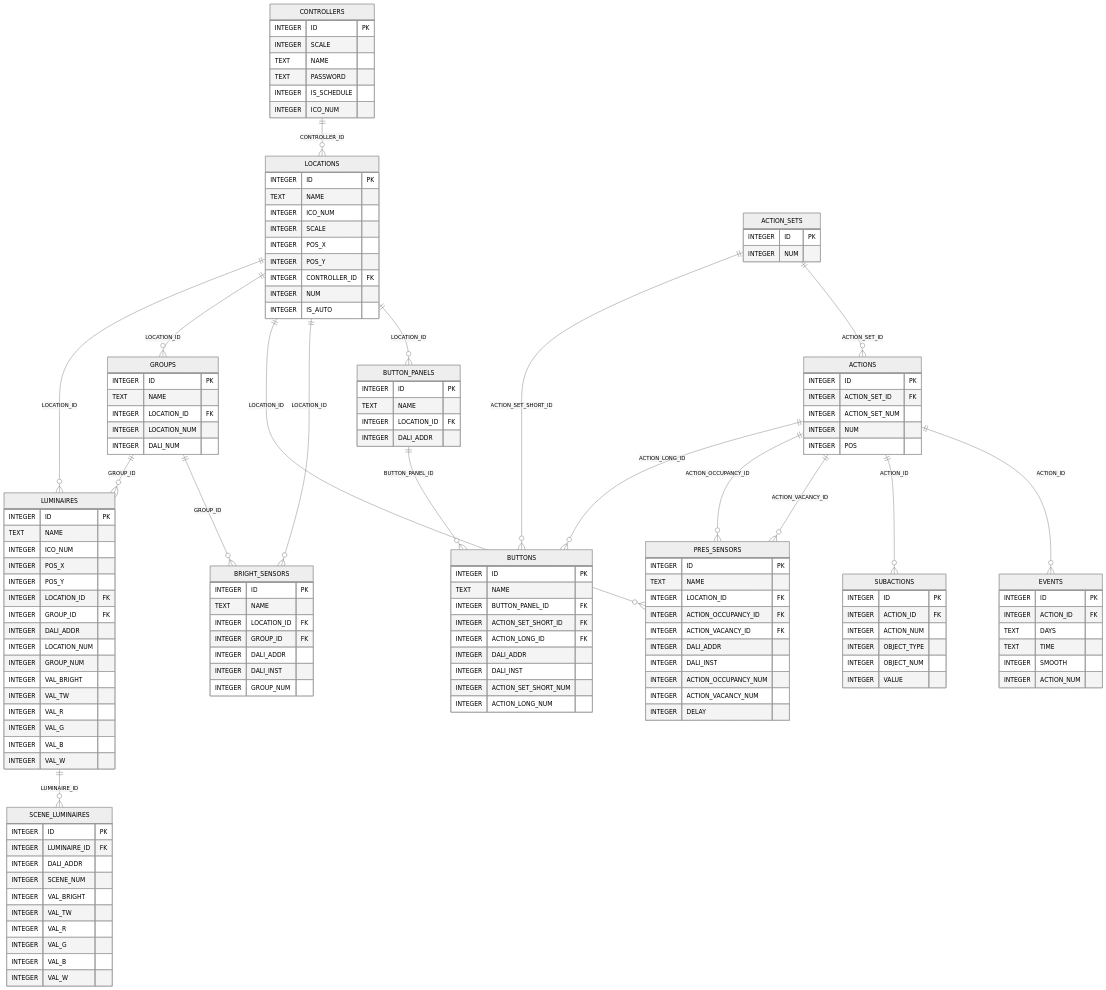
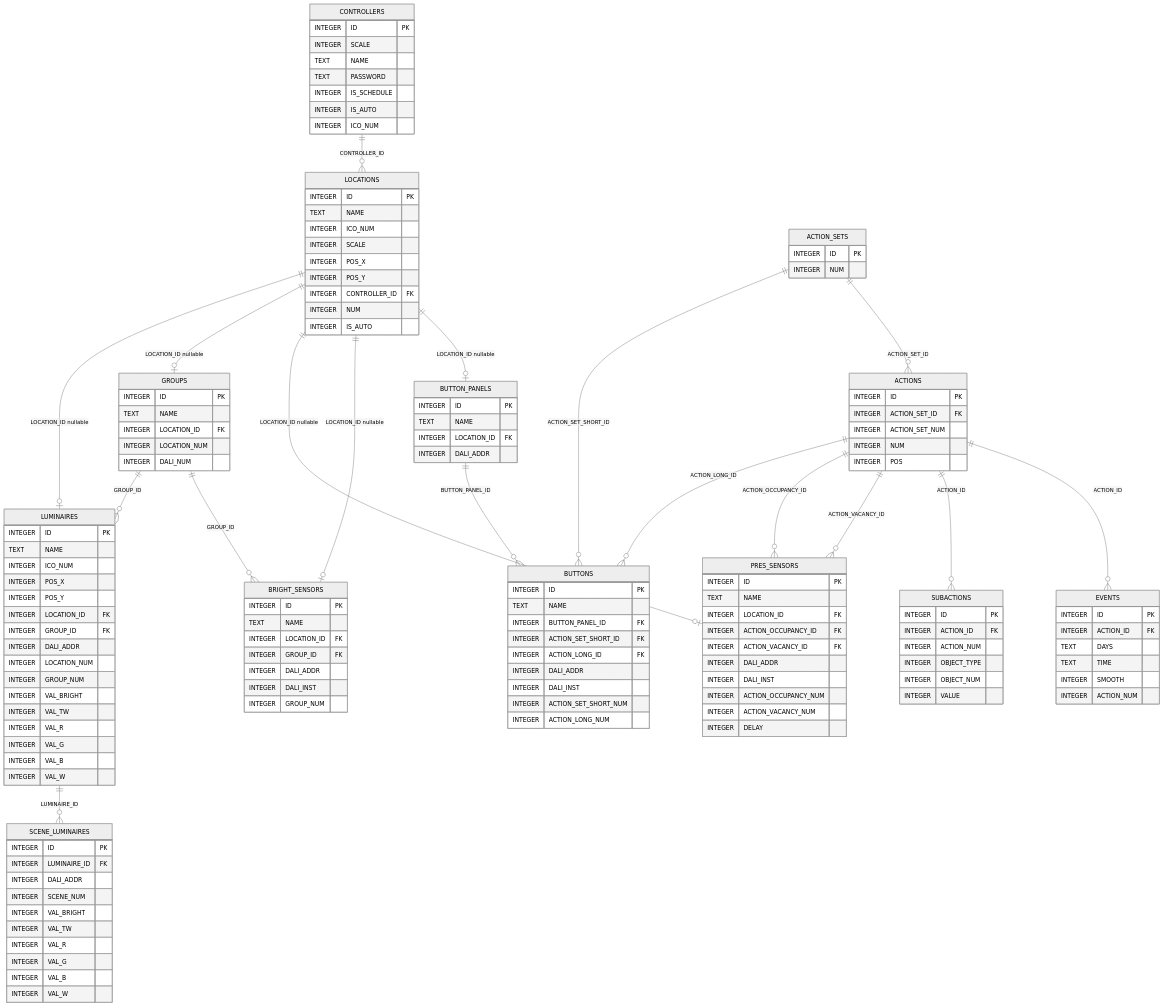
The diagram in PDS/SynapsePDS_APP_DB_scheme.md (KhudyakovAlex/Synapse), drawn with Mermaid (neutral theme) before and after one commit. The commit also changed 16 other files, not shown here.

````diff
--- a/PDS/SynapsePDS_APP_DB_scheme.md
+++ b/PDS/SynapsePDS_APP_DB_scheme.md
@@ -7,11 +7,11 @@
 ```mermaid
 erDiagram
     CONTROLLERS ||--o{ LOCATIONS : "CONTROLLER_ID"
-    LOCATIONS ||--o{ LUMINAIRES : "LOCATION_ID"
-    LOCATIONS ||--o{ GROUPS : "LOCATION_ID"
-    LOCATIONS ||--o{ PRES_SENSORS : "LOCATION_ID"
-    LOCATIONS ||--o{ BRIGHT_SENSORS : "LOCATION_ID"
-    LOCATIONS ||--o{ BUTTON_PANELS : "LOCATION_ID"
+    LOCATIONS ||--o| LUMINAIRES : "LOCATION_ID nullable"
+    LOCATIONS ||--o| GROUPS : "LOCATION_ID nullable"
+    LOCATIONS ||--o| PRES_SENSORS : "LOCATION_ID nullable"
+    LOCATIONS ||--o| BRIGHT_SENSORS : "LOCATION_ID nullable"
+    LOCATIONS ||--o| BUTTON_PANELS : "LOCATION_ID nullable"
     GROUPS ||--o{ LUMINAIRES : "GROUP_ID"
     GROUPS ||--o{ BRIGHT_SENSORS : "GROUP_ID"
     LUMINAIRES ||--o{ SCENE_LUMINAIRES : "LUMINAIRE_ID"
@@ -30,6 +30,7 @@
         TEXT NAME
         TEXT PASSWORD
         INTEGER IS_SCHEDULE
+        INTEGER IS_AUTO
         INTEGER ICO_NUM
     }
 
````
